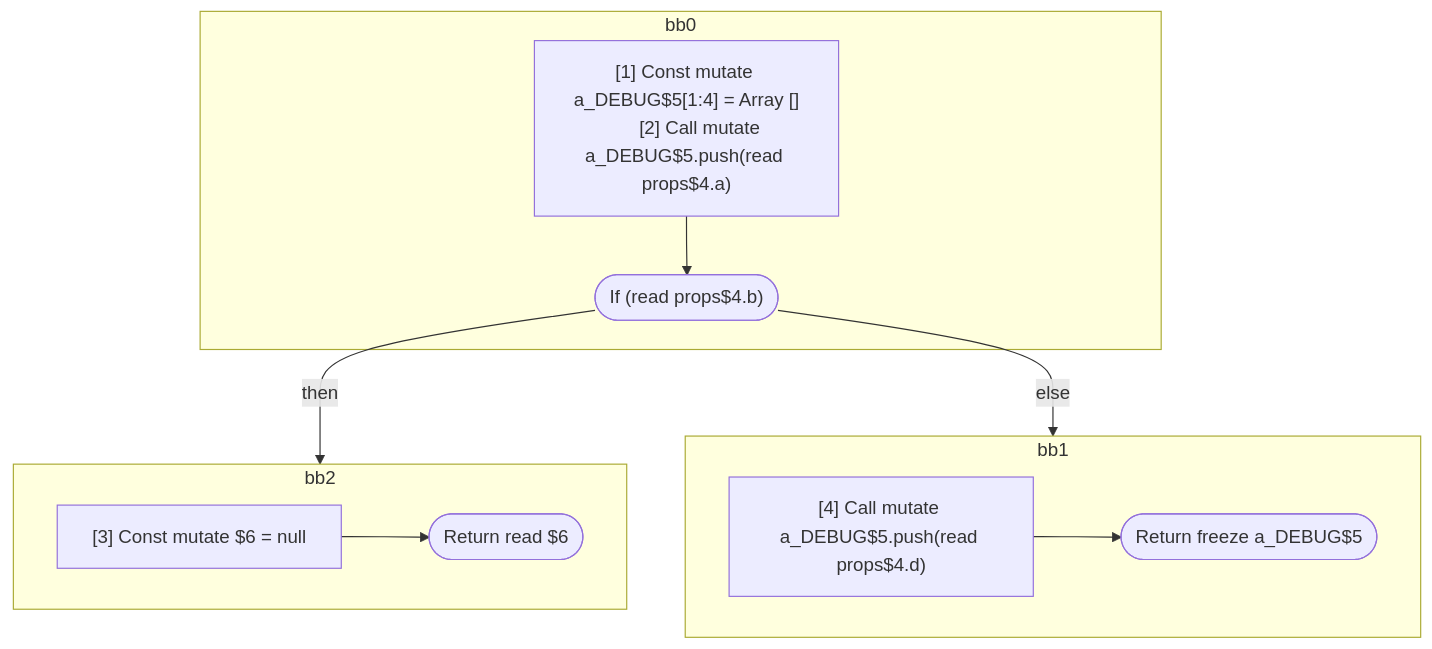
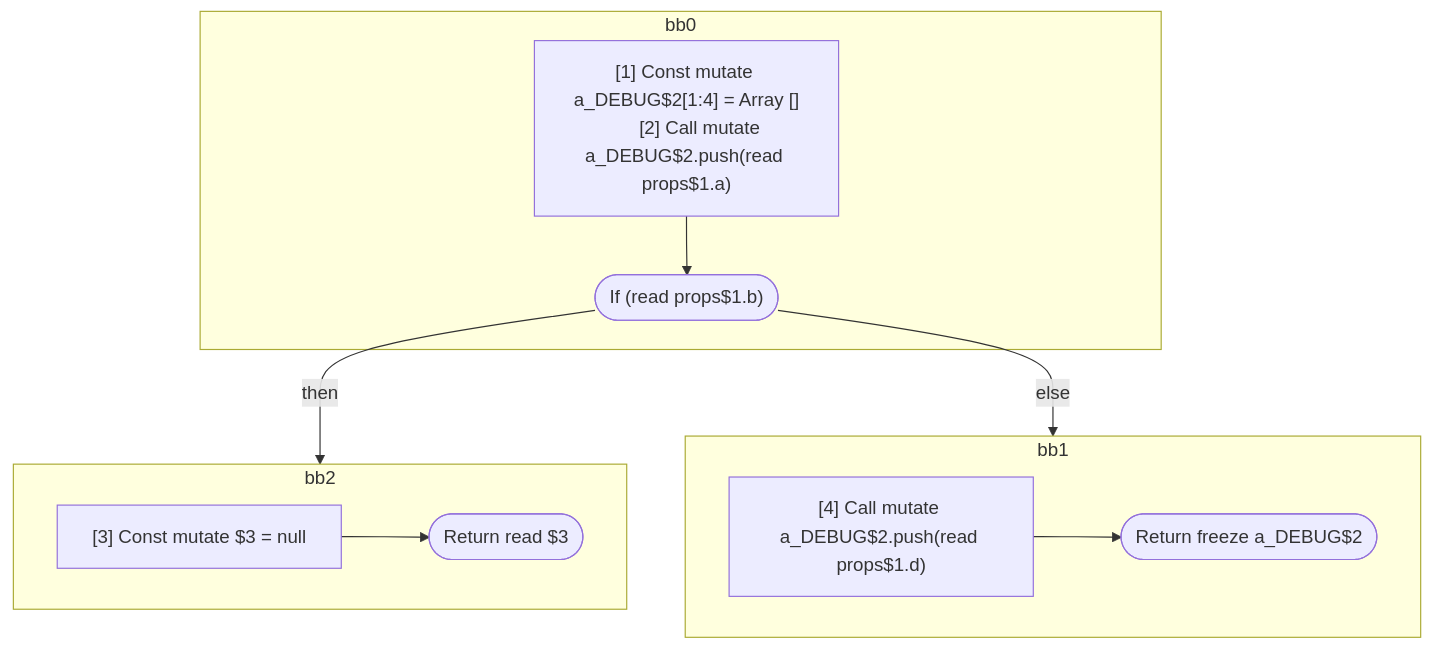
One commit to wutsmog/private changed the first of 5 diagrams in compiler/forget/src/__tests__/fixtures/hir/conditional-break.expect.md. Above: the diagram before and after it, drawn with Mermaid. The commit also changed other lines of this file and 57 other files, not shown here.

````diff
--- a/compiler/forget/src/__tests__/fixtures/hir/conditional-break.expect.md
+++ b/compiler/forget/src/__tests__/fixtures/hir/conditional-break.expect.md
@@ -96,28 +96,28 @@
 ```mermaid
 flowchart TB
   %% Basic Blocks
   subgraph bb0
     bb0_instrs["
-      [1] Const mutate a_DEBUG$5[1:4] = Array []
-      [2] Call mutate a_DEBUG$5.push(read props$4.a)
+      [1] Const mutate a_DEBUG$2[1:4] = Array []
+      [2] Call mutate a_DEBUG$2.push(read props$1.a)
     "]
-    bb0_instrs --> bb0_terminal(["If (read props$4.b)"])
+    bb0_instrs --> bb0_terminal(["If (read props$1.b)"])
   end
   subgraph bb2
     bb2_instrs["
-      [3] Const mutate $6 = null
+      [3] Const mutate $3 = null
     "]
-    bb2_instrs --> bb2_terminal(["Return read $6"])
+    bb2_instrs --> bb2_terminal(["Return read $3"])
   end
   subgraph bb1
     bb1_instrs["
-      [4] Call mutate a_DEBUG$5.push(read props$4.d)
+      [4] Call mutate a_DEBUG$2.push(read props$1.d)
     "]
-    bb1_instrs --> bb1_terminal(["Return freeze a_DEBUG$5"])
+    bb1_instrs --> bb1_terminal(["Return freeze a_DEBUG$2"])
   end
 
   %% Jumps
   bb0_terminal -- then --> bb2
   bb0_terminal -- else --> bb1
 
 ```
````
